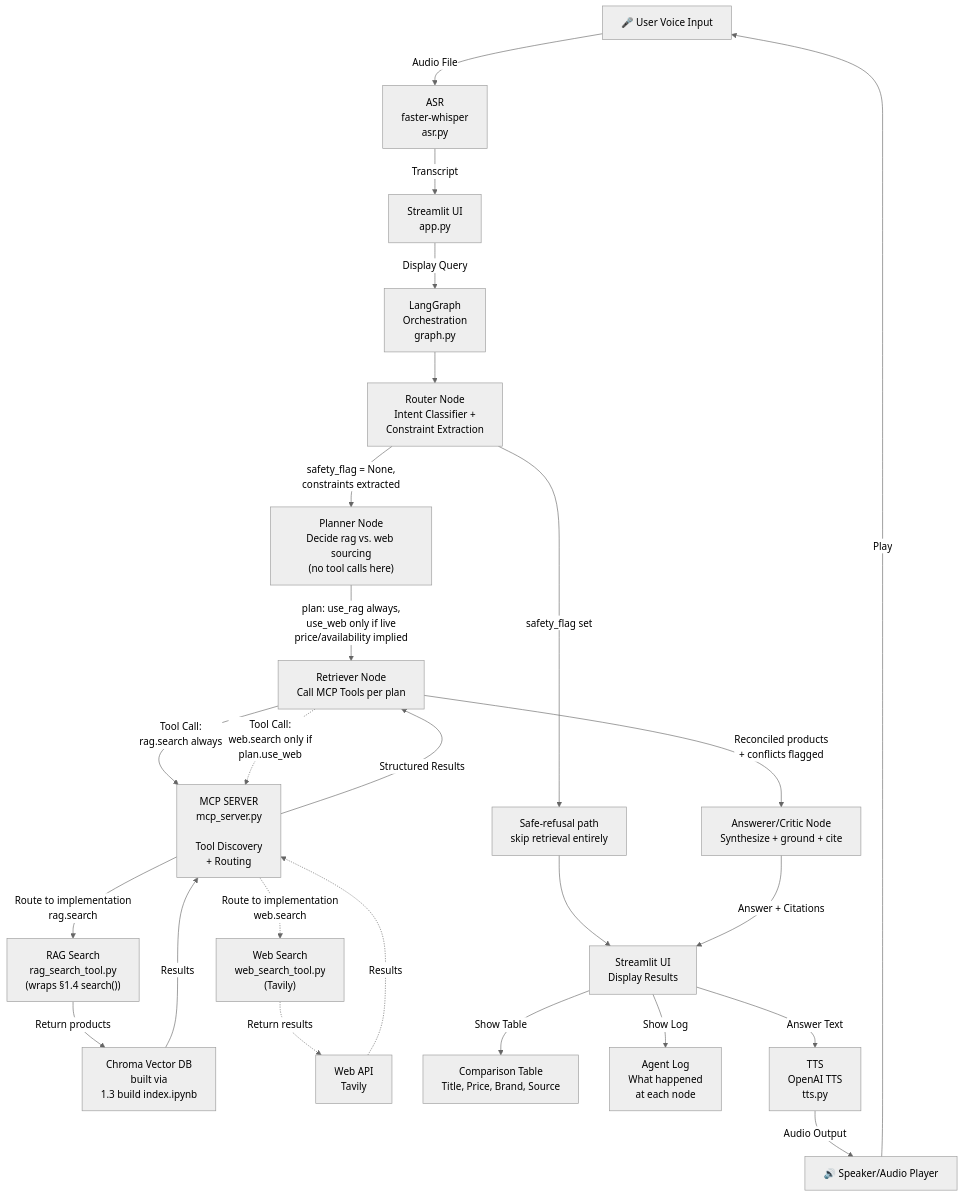
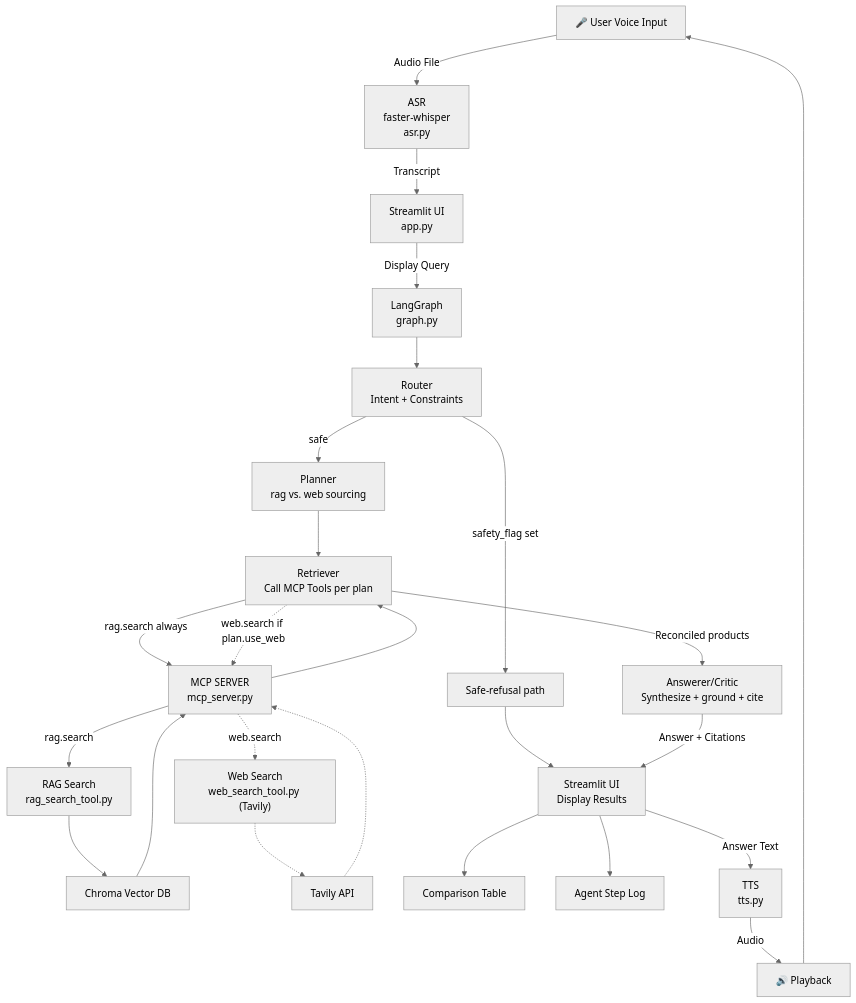
The diagram in README.md (pareeyaporn/Agentic-Voice-to-Voice-AI), drawn with Mermaid (neutral theme) before and after one commit. The commit also changed other lines of this file and 2 other files, not shown here.

````diff
--- a/README.md
+++ b/README.md
@@ -19,43 +25,27 @@
 ```mermaid
 graph TD
     A["🎤 User Voice Input"] -->|Audio File| B["ASR<br/>faster-whisper<br/>asr.py"]
-
     B -->|Transcript| C["Streamlit UI<br/>app.py"]
-
-    C -->|Display Query| D["LangGraph<br/>Orchestration<br/>graph.py"]
-
-    D --> E["Router Node<br/>Intent Classifier +<br/>Constraint Extraction"]
-
-    E -->|safety_flag set| S["Safe-refusal path<br/>skip retrieval entirely"]
-    E -->|safety_flag = None,<br/>constraints extracted| F["Planner Node<br/>Decide rag vs. web sourcing<br/>(no tool calls here)"]
-
-    F -->|plan: use_rag always,<br/>use_web only if live<br/>price/availability implied| R["Retriever Node<br/>Call MCP Tools per plan"]
-
-    R -->|Tool Call:<br/>rag.search always| G["MCP SERVER<br/>mcp_server.py<br/><br/>Tool Discovery<br/>+ Routing"]
-
-    R -.->|Tool Call:<br/>web.search only if<br/>plan.use_web| G
-
-    G -->|Route to implementation<br/>rag.search| H["RAG Search<br/>rag_search_tool.py<br/>(wraps §1.4 search())"]
-    G -.->|Route to implementation<br/>web.search| I["Web Search<br/>web_search_tool.py<br/>(Tavily)"]
-
-    H -->|Return products| J["Chroma Vector DB<br/>built via<br/>1.3 build index.ipynb"]
-    I -.->|Return results| K["Web API<br/>Tavily"]
-
-    J -->|Results| G
-    K -.->|Results| G
-
-    G -->|Structured Results| R
-
-    R -->|Reconciled products<br/>+ conflicts flagged| L["Answerer/Critic Node<br/>Synthesize + ground + cite"]
-
+    C -->|Display Query| D["LangGraph<br/>graph.py"]
+    D --> E["Router<br/>Intent + Constraints"]
+    E -->|safety_flag set| S["Safe-refusal path"]
+    E -->|safe| F["Planner<br/>rag vs. web sourcing"]
+    F --> R["Retriever<br/>Call MCP Tools per plan"]
+    R -->|rag.search always| G["MCP SERVER<br/>mcp_server.py"]
+    R -.->|web.search if plan.use_web| G
+    G -->|rag.search| H["RAG Search<br/>rag_search_tool.py"]
+    G -.->|web.search| I["Web Search<br/>web_search_tool.py (Tavily)"]
+    H --> J["Chroma Vector DB"]
+    I -.-> K["Tavily API"]
+    J --> G
+    K -.-> G
+    G --> R
+    R -->|Reconciled products| L["Answerer/Critic<br/>Synthesize + ground + cite"]
     S --> M["Streamlit UI<br/>Display Results"]
     L -->|Answer + Citations| M
-
-    M -->|Show Table| N["Comparison Table<br/>Title, Price, Brand, Source"]
-    M -->|Show Log| O["Agent Log<br/>What happened<br/>at each node"]
-
-    M -->|Answer Text| P["TTS<br/>OpenAI TTS<br/>tts.py"]
-    P -->|Audio Output| Q["🔊 Speaker/Audio Player"]
-
-    Q -->|Play| A
+    M --> N["Comparison Table"]
+    M --> O["Agent Step Log"]
+    M -->|Answer Text| P["TTS<br/>tts.py"]
+    P -->|Audio| Q["🔊 Playback"]
+    Q --> A
 ```
````
